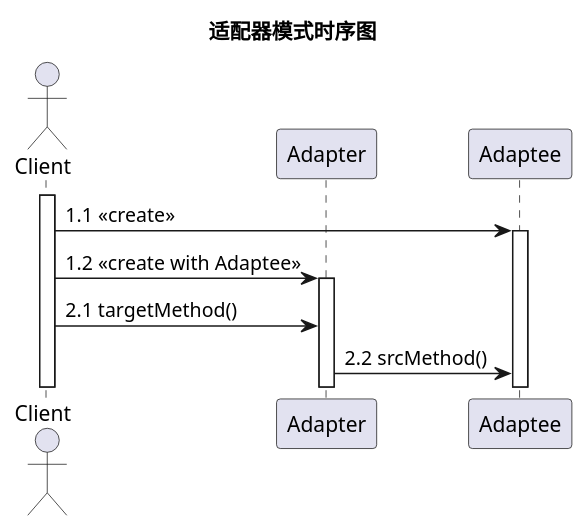
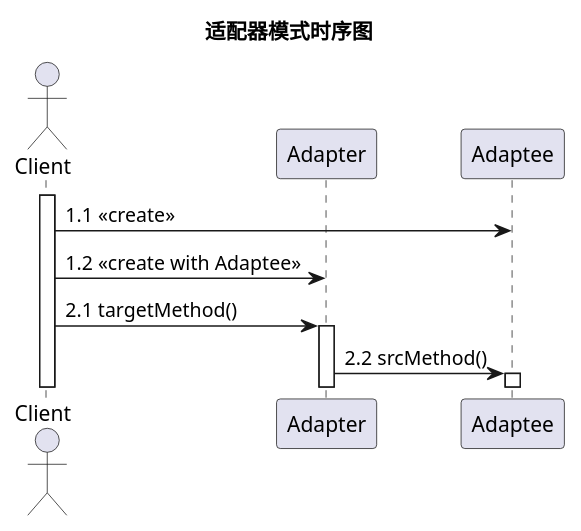
One commit to echcz/design-pattern changed the diagram in structural/adapter-timing.puml. Above: the diagram before and after it, drawn with PlantUML. The commit also changed other lines of this file and 9 other files, not shown here.

```diff
--- a/structural/adapter-timing.puml
+++ b/structural/adapter-timing.puml
@@ -1,15 +1,15 @@
 @startuml
 title 适配器模式时序图
 
 actor Client
 participant Adapter
 participant Adaptee
 
 activate Client
 Client -> Adaptee: 1.1 <<create>>
+Client -> Adapter: 1.2 <<create with Adaptee>>
+Client -> Adapter: 2.1 targetMethod()
+activate Adapter
+Adapter -> Adaptee: 2.2 srcMethod()
 activate Adaptee
-Client -> Adapter: 1.2 <<create with Adaptee>>
-activate Adapter
-Client -> Adapter: 2.1 targetMethod()
-Adapter -> Adaptee: 2.2 srcMethod()
 @enduml
```
